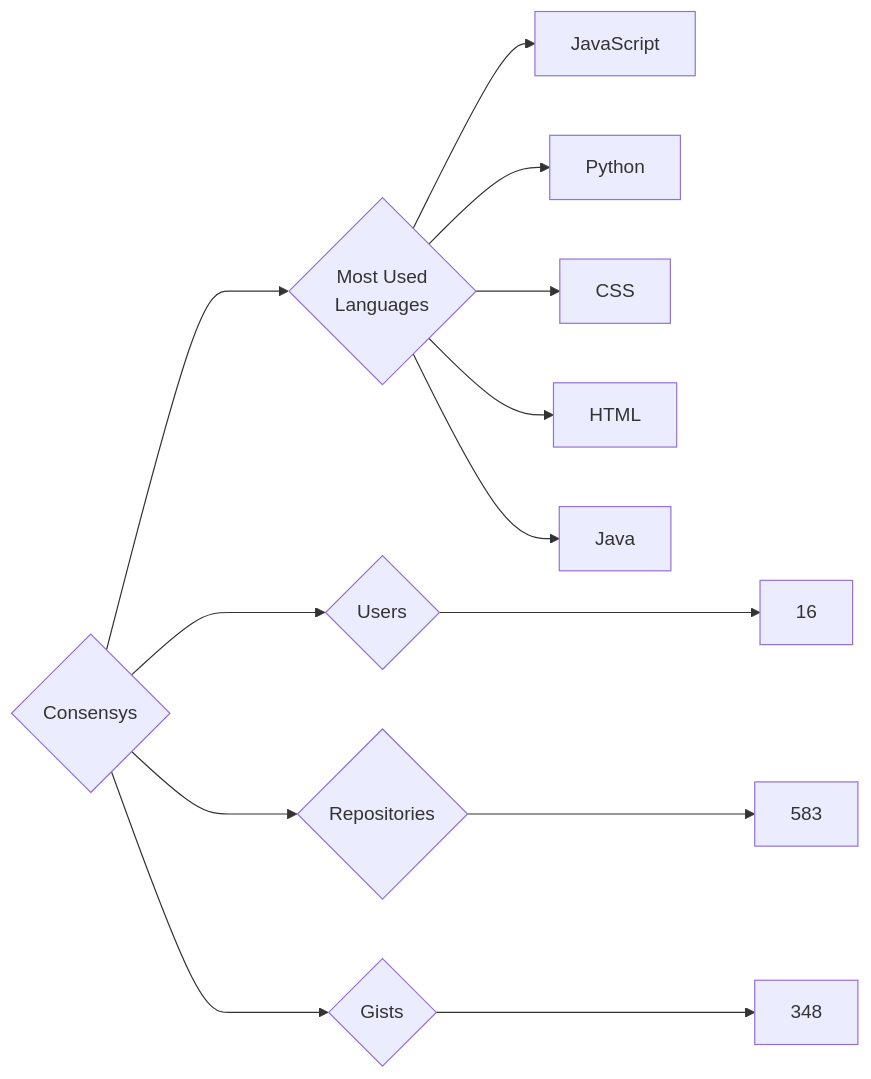
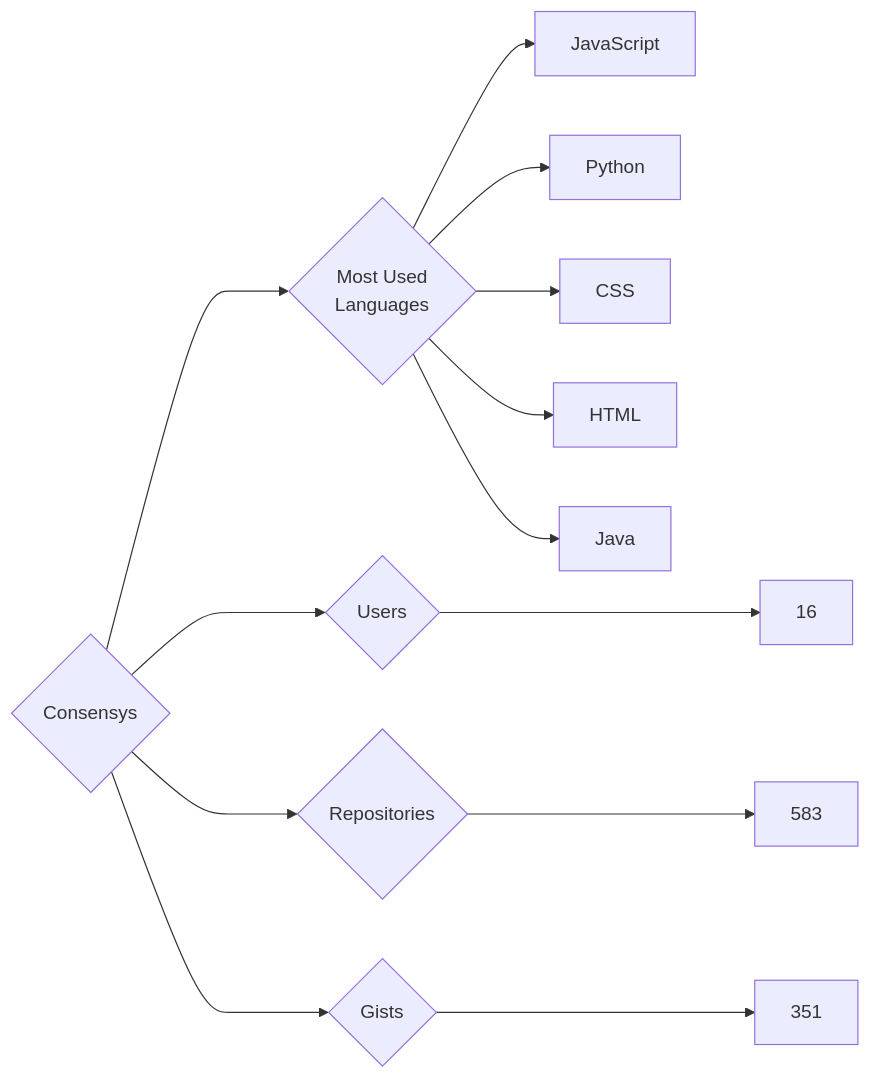
One commit to trickest/insiders changed the diagram in targets/Consensys/README.md. Above: the diagram before and after it, drawn with Mermaid. The commit also changed 837 other files, not shown here.

````diff
--- a/targets/Consensys/README.md
+++ b/targets/Consensys/README.md
@@ -3,13 +3,13 @@
 ```mermaid
 graph LR
 COMPANY_NAME{Consensys}
 COMPANY_NAME ---> U{Users} ---> UN[16]
 COMPANY_NAME ---> R{Repositories} ---> RN[583]
-COMPANY_NAME ---> G{Gists} ---> GN[348]
+COMPANY_NAME ---> G{Gists} ---> GN[351]
 COMPANY_NAME ---> ML{Most Used<br>Languages}
 ML --> JavaScript[JavaScript]
 ML --> Python[Python]
 ML --> CSS[CSS]
 ML --> HTML[HTML]
 ML --> Java[Java]
 ```
````
